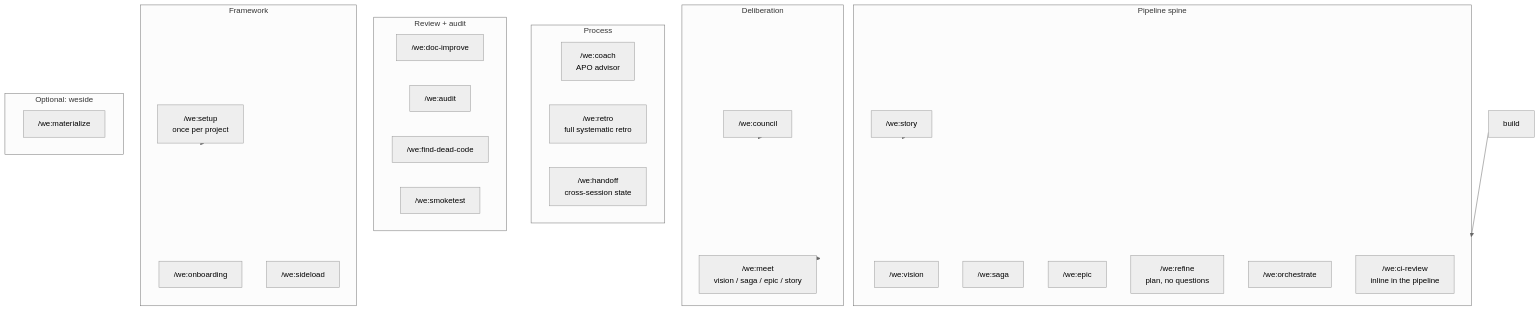
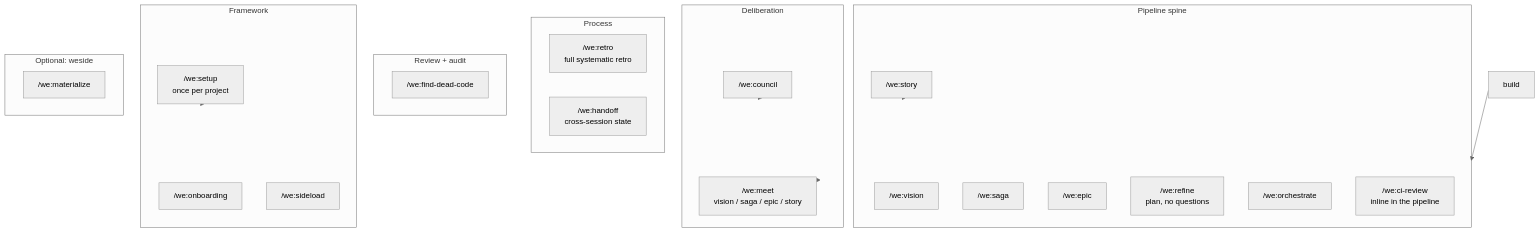
One commit to weside-ai/claude-code-plugin changed the fourth of 4 diagrams in docs/workflow.md. Above: the diagram before and after it, drawn with Mermaid (neutral theme). The commit also changed other lines of this file and 67 other files, not shown here.

````diff
--- a/docs/workflow.md
+++ b/docs/workflow.md
@@ -200,41 +191,37 @@
 ```mermaid
 flowchart TB
     subgraph spine[Pipeline spine]
         vision["/we:vision"]
         saga["/we:saga"]
         epic["/we:epic"]
         story["/we:story"]
         refine["/we:refine<br/>plan, no questions"]
         orch["/we:orchestrate"]
         cireview["/we:ci-review<br/>inline in the pipeline"]
     end
     subgraph deliberation[Deliberation]
         council["/we:council"]
         meet["/we:meet<br/>vision / saga / epic / story"]
     end
     subgraph process[Process]
-        coach["/we:coach<br/>APO advisor"]
         retro["/we:retro<br/>full systematic retro"]
         handoff["/we:handoff<br/>cross-session state"]
     end
     subgraph review[Review + audit]
-        docimprove["/we:doc-improve"]
-        audit["/we:audit"]
         find["/we:find-dead-code"]
-        smoke["/we:smoketest"]
     end
     subgraph framework[Framework]
         setup["/we:setup<br/>once per project"]
         onboard["/we:onboarding"]
         sideload["/we:sideload"]
     end
     subgraph weside[Optional: weside]
         materialize["/we:materialize"]
     end
 
     setup --> framework
     council --> deliberation
     meet --> deliberation
     story --> spine
     build --> spine
 ```
````
